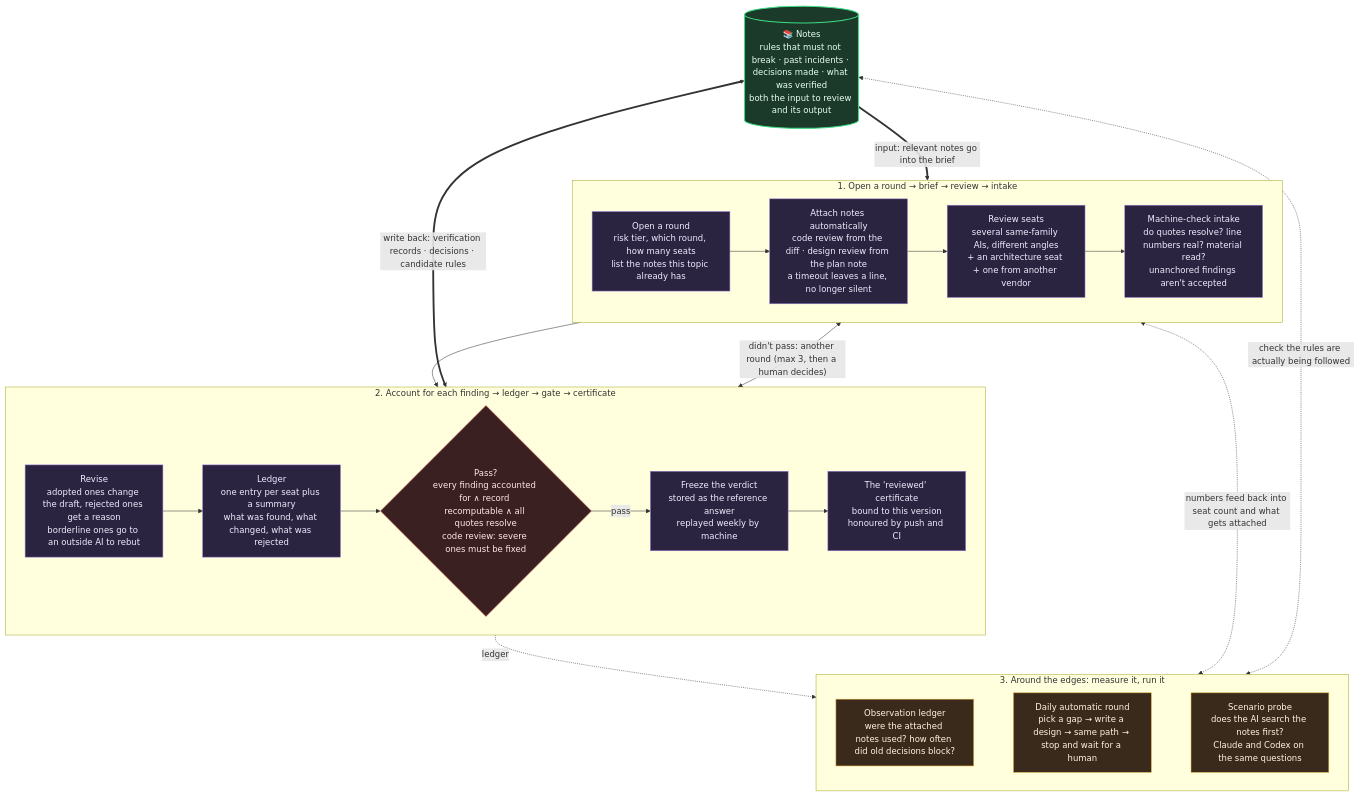
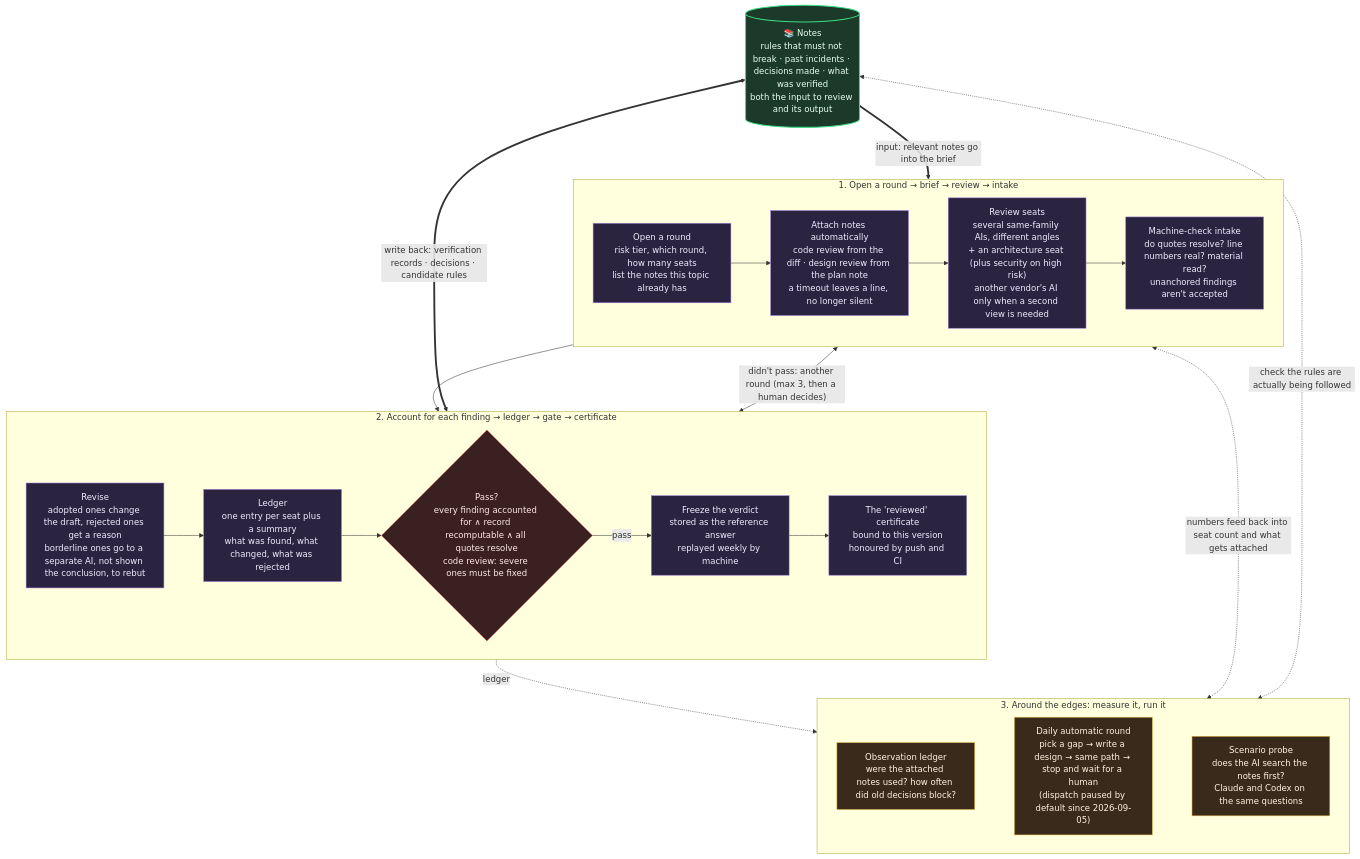
One commit to EnzoHsieh-Android/Lumos changed the diagram in docs/mental-model.md. Above: the diagram before and after it, drawn with Mermaid. The commit also changed other lines of this file and 17 other files, not shown here.

````diff
--- a/docs/mental-model.md
+++ b/docs/mental-model.md
@@ -100,36 +107,36 @@
 ```mermaid
 flowchart TB
     NODES[("📚 Notes<br/>rules that must not break · past incidents · decisions made · what was verified<br/>both the input to review and its output")]
 
     subgraph R1["1. Open a round → brief → review → intake"]
         direction LR
-        NEXT["Open a round<br/>risk tier, which round, how many seats<br/>list the notes this topic already has"] --> LENS["Attach notes automatically<br/>code review from the diff · design review from the plan note<br/>a timeout leaves a line, no longer silent"] --> SEATS["Review seats<br/>several same-family AIs, different angles<br/>+ an architecture seat + one from another vendor"] --> INTAKE["Machine-check intake<br/>do quotes resolve? line numbers real? material read?<br/>unanchored findings aren't accepted"]
+        NEXT["Open a round<br/>risk tier, which round, how many seats<br/>list the notes this topic already has"] --> LENS["Attach notes automatically<br/>code review from the diff · design review from the plan note<br/>a timeout leaves a line, no longer silent"] --> SEATS["Review seats<br/>several same-family AIs, different angles<br/>+ an architecture seat (plus security on high risk)<br/>another vendor's AI only when a second view is needed"] --> INTAKE["Machine-check intake<br/>do quotes resolve? line numbers real? material read?<br/>unanchored findings aren't accepted"]
     end
 
     subgraph R2["2. Account for each finding → ledger → gate → certificate"]
         direction LR
-        FOLD["Revise<br/>adopted ones change the draft, rejected ones get a reason<br/>borderline ones go to an outside AI to rebut"] --> LEDGER["Ledger<br/>one entry per seat plus a summary<br/>what was found, what changed, what was rejected"] --> GATE{"Pass?<br/>every finding accounted for ∧ record recomputable ∧ all quotes resolve<br/>code review: severe ones must be fixed"} -->|pass| FREEZE["Freeze the verdict<br/>stored as the reference answer<br/>replayed weekly by machine"] --> PASS["The 'reviewed' certificate<br/>bound to this version<br/>honoured by push and CI"]
+        FOLD["Revise<br/>adopted ones change the draft, rejected ones get a reason<br/>borderline ones go to a separate AI, not shown the conclusion, to rebut"] --> LEDGER["Ledger<br/>one entry per seat plus a summary<br/>what was found, what changed, what was rejected"] --> GATE{"Pass?<br/>every finding accounted for ∧ record recomputable ∧ all quotes resolve<br/>code review: severe ones must be fixed"} -->|pass| FREEZE["Freeze the verdict<br/>stored as the reference answer<br/>replayed weekly by machine"] --> PASS["The 'reviewed' certificate<br/>bound to this version<br/>honoured by push and CI"]
     end
 
     subgraph R3["3. Around the edges: measure it, run it"]
         direction LR
-        OBS["Observation ledger<br/>were the attached notes used? how often did old decisions block?"] ~~~ AUTO["Daily automatic round<br/>pick a gap → write a design → same path → stop and wait for a human"] ~~~ PROBE["Scenario probe<br/>does the AI search the notes first?<br/>Claude and Codex on the same questions"]
+        OBS["Observation ledger<br/>were the attached notes used? how often did old decisions block?"] ~~~ AUTO["Daily automatic round<br/>pick a gap → write a design → same path → stop and wait for a human<br/>(dispatch paused by default since 2026-09-05)"] ~~~ PROBE["Scenario probe<br/>does the AI search the notes first?<br/>Claude and Codex on the same questions"]
     end
 
     NODES ==>|"input: relevant notes go into the brief"| R1
     R1 --> R2
     R2 -.->|"ledger"| R3
     NODES <==>|"write back: verification records · decisions · candidate rules"| R2
     R1 <-->|"didn't pass: another round (max 3, then a human decides)"| R2
     R1 <-.->|"numbers feed back into seat count and what gets attached"| R3
     NODES <-.->|"check the rules are actually being followed"| R3
 
     classDef gnode fill:#1b3a2a,stroke:#3ddc84,stroke-width:2px,color:#e8fff0
     classDef step fill:#2a2440,stroke:#9a7bd6,color:#f0ecff
     classDef gate fill:#3a2020,stroke:#dc5b5b,color:#ffe8e8
     classDef obs fill:#3a2a1b,stroke:#dcab3d,color:#fff5e0
     class NODES gnode
     class NEXT,LENS,SEATS,INTAKE,FOLD,LEDGER,FREEZE,PASS step
     class GATE gate
     class OBS,AUTO,PROBE obs
 ```
````
